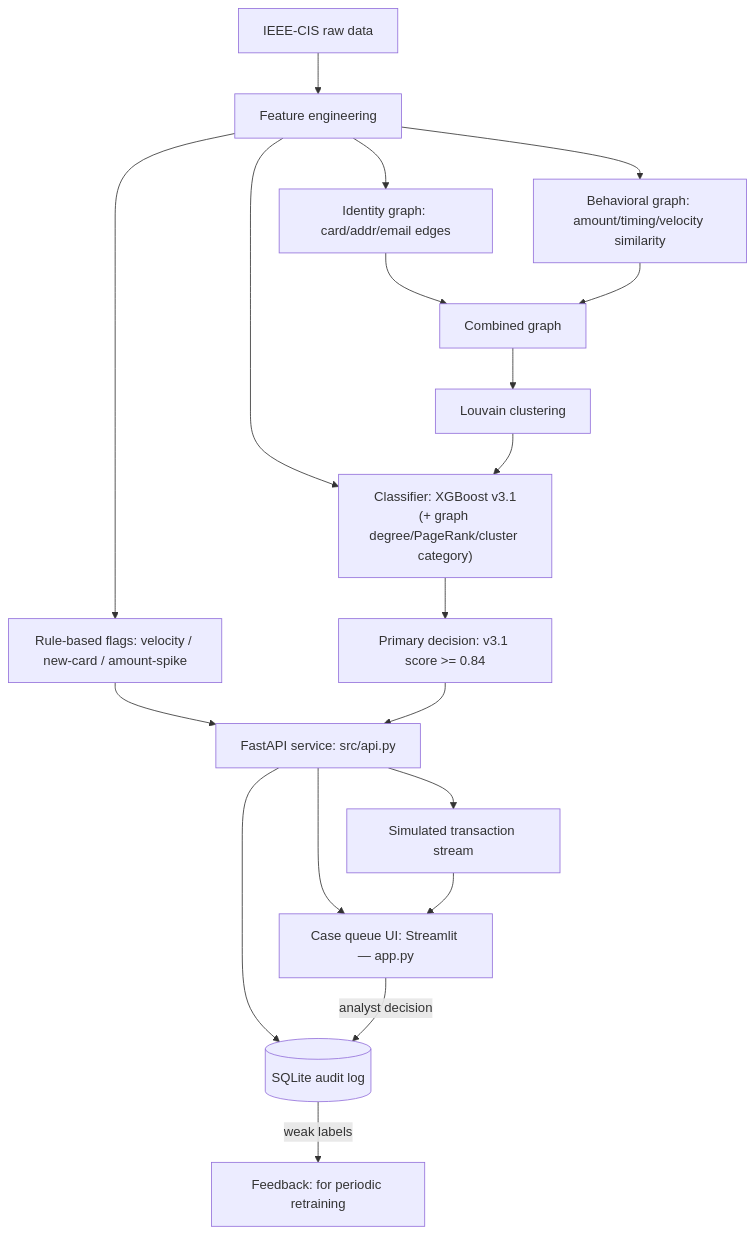
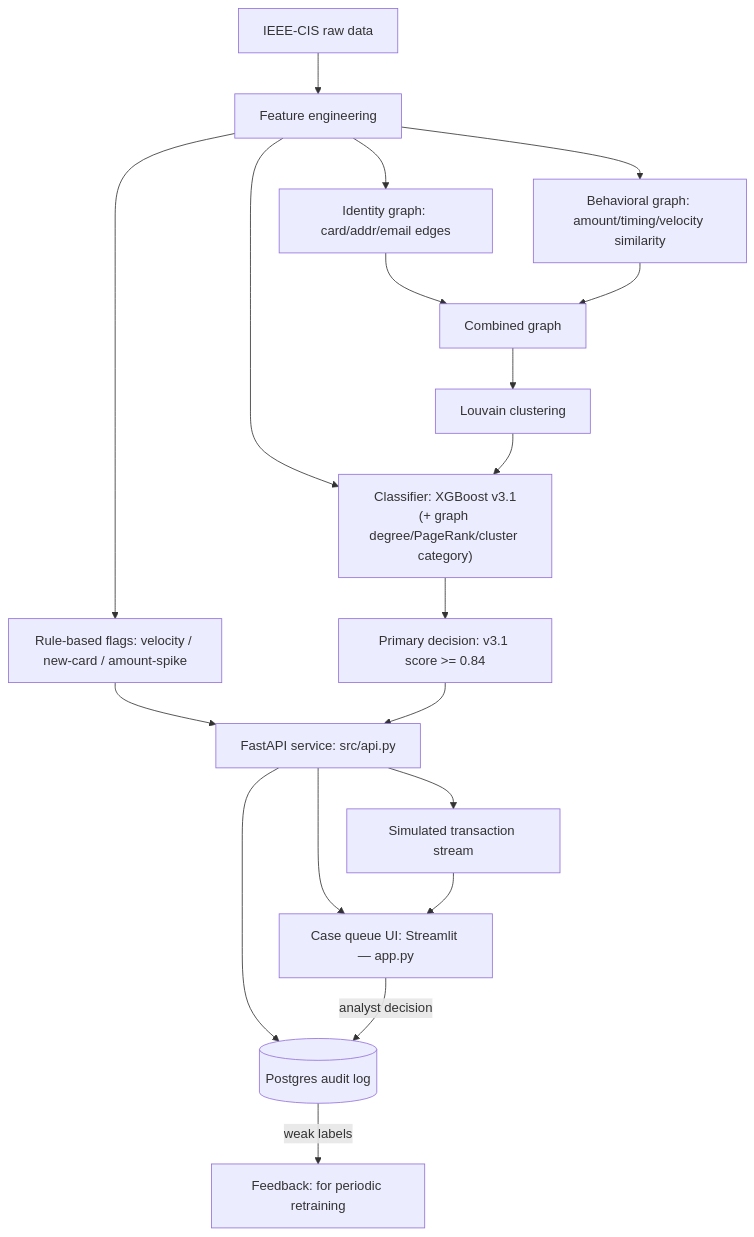
One commit to akshatasingh1/ai-risk-manager changed the diagram in README.md. Above: the diagram before and after it, drawn with Mermaid. The commit also changed other lines of this file and 15 other files, not shown here.

Commit message:
Cut serving memory 1.75GB->440MB with precomputed graph tables; move audit log to Postgres-only

````diff
--- a/README.md
+++ b/README.md
@@ -13,21 +13,21 @@
 ```mermaid
 flowchart TD
     A[IEEE-CIS raw data] --> B[Feature engineering]
     B --> C["Classifier: XGBoost v3.1<br/>(+ graph degree/PageRank/cluster category)"]
     B --> D[Identity graph: card/addr/email edges]
     B --> D2[Behavioral graph: amount/timing/velocity similarity]
     B --> R[Rule-based flags: velocity / new-card / amount-spike]
     D --> E[Combined graph]
     D2 --> E
     E --> F[Louvain clustering]
     F --> C
     C --> G["Primary decision: v3.1 score >= 0.84"]
     R --> H
     G --> H[FastAPI service: src/api.py]
-    H --> I[(SQLite audit log)]
+    H --> I[(Postgres audit log)]
     H --> J[Case queue UI: Streamlit — app.py]
     J -- analyst decision --> I
     I -- weak labels --> L[Feedback: for periodic retraining]
     H --> K[Simulated transaction stream]
     K --> J
 ```
````
